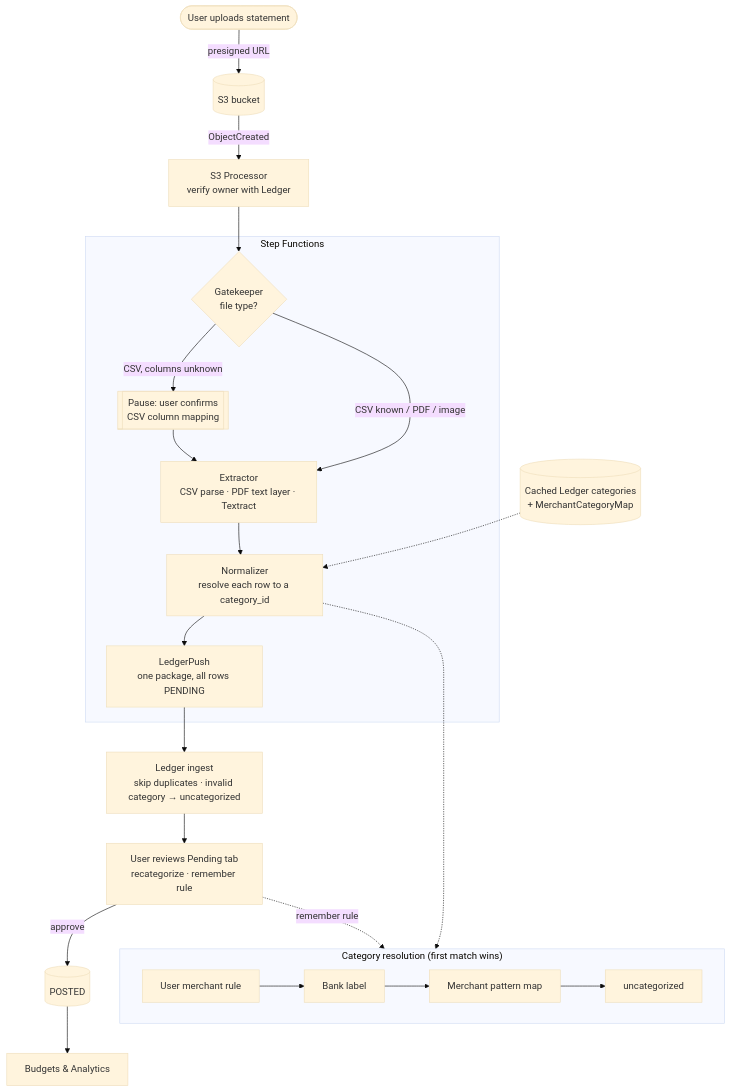
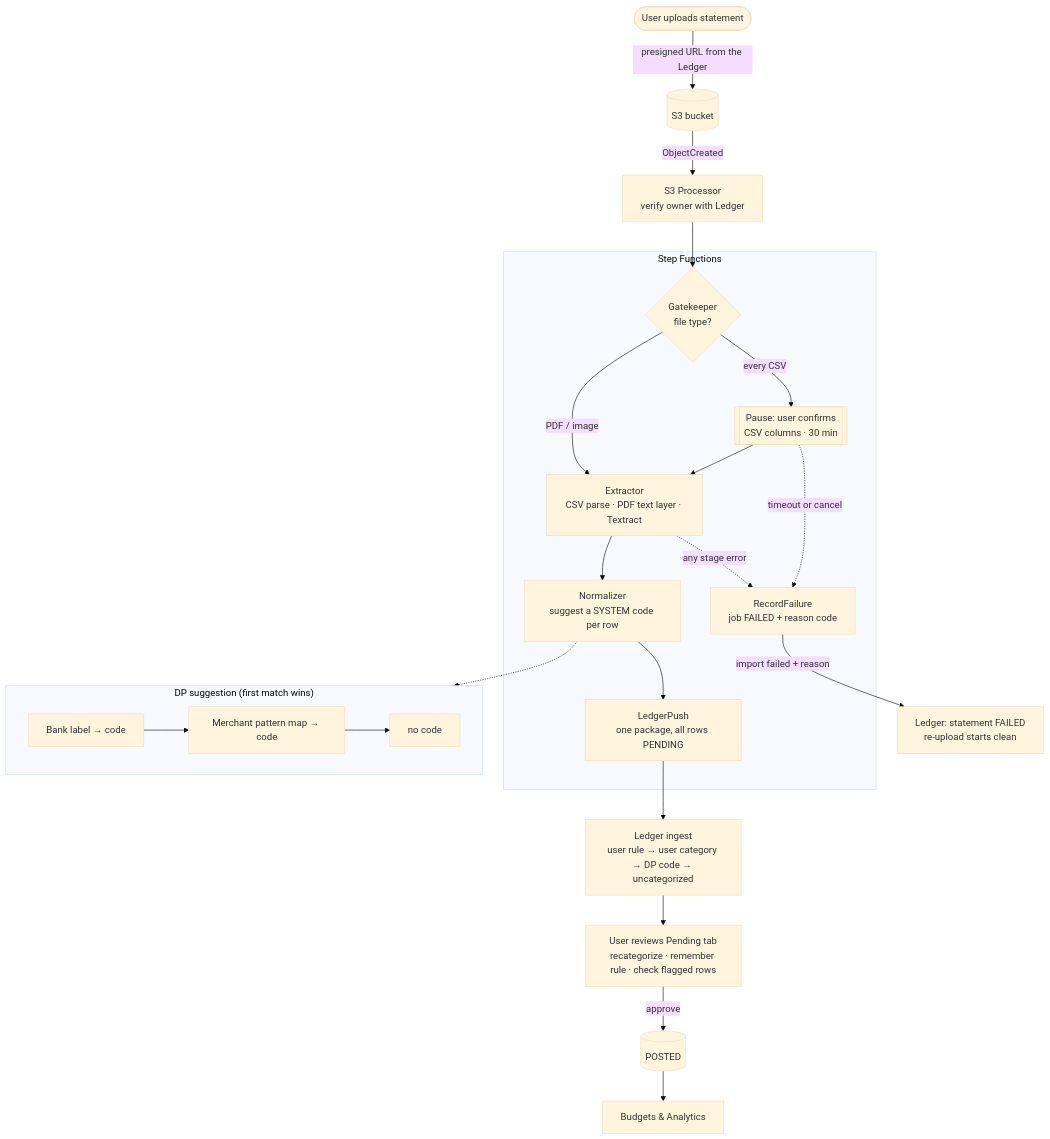
One commit to vanKvo/fintracker changed the diagram in docs/fintracker-data-pipelines/flows/data-pipeline-target-flow.md. Above: the diagram before and after it, drawn with Mermaid (base theme). The commit also changed other lines of this file and 73 other files, not shown here.

````diff
--- a/docs/fintracker-data-pipelines/flows/data-pipeline-target-flow.md
+++ b/docs/fintracker-data-pipelines/flows/data-pipeline-target-flow.md
@@ -5,30 +5,30 @@
 ```mermaid
 flowchart TD
-    U([User uploads statement]) -->|presigned URL| S3[(S3 bucket)]
+    U([User uploads statement]) -->|presigned URL from the Ledger| S3[(S3 bucket)]
     S3 -->|ObjectCreated| P[S3 Processor<br/>verify owner with Ledger]
     P --> GK
 
     subgraph SF [" Step Functions "]
         GK{Gatekeeper<br/>file type?}
-        GK -->|CSV, columns unknown| CM[[Pause: user confirms<br/>CSV column mapping]]
+        GK -->|every CSV| CM[[Pause: user confirms<br/>CSV columns · 30 min]]
         CM --> EX
-        GK -->|CSV known / PDF / image| EX[Extractor<br/>CSV parse · PDF text layer · Textract]
-        EX --> NM[Normalizer<br/>resolve each row to a category_id]
+        GK -->|PDF / image| EX[Extractor<br/>CSV parse · PDF text layer · Textract]
+        EX --> NM[Normalizer<br/>suggest a SYSTEM code per row]
         NM --> LP[LedgerPush<br/>one package, all rows PENDING]
+        CM -.->|timeout or cancel| RF[RecordFailure<br/>job FAILED + reason code]
+        EX -.->|any stage error| RF
     end
 
-    subgraph RES [" Category resolution (first match wins) "]
+    subgraph RES [" DP suggestion (first match wins) "]
         direction LR
-        R1[User merchant rule] --> R2[Bank label]
-        R2 --> R3[Merchant pattern map]
-        R3 --> R4[uncategorized]
+        R1[Bank label → code] --> R2[Merchant pattern map → code]
+        R2 --> R3[no code]
     end
     NM -.-> RES
-    CACHE[(Cached Ledger categories<br/>+ MerchantCategoryMap)] -.-> NM
 
-    LP --> L[Ledger ingest<br/>skip duplicates · invalid category → uncategorized]
-    L --> REV[User reviews Pending tab<br/>recategorize · remember rule]
+    RF -->|import failed + reason| LF[Ledger: statement FAILED<br/>re-upload starts clean]
+    LP --> L[Ledger ingest<br/>user rule → user category → DP code → uncategorized]
+    L --> REV[User reviews Pending tab<br/>recategorize · remember rule · check flagged rows]
     REV -->|approve| POSTED[(POSTED)]
     POSTED --> B[Budgets & Analytics]
-    REV -.->|"remember rule"| R1
 ```
````
